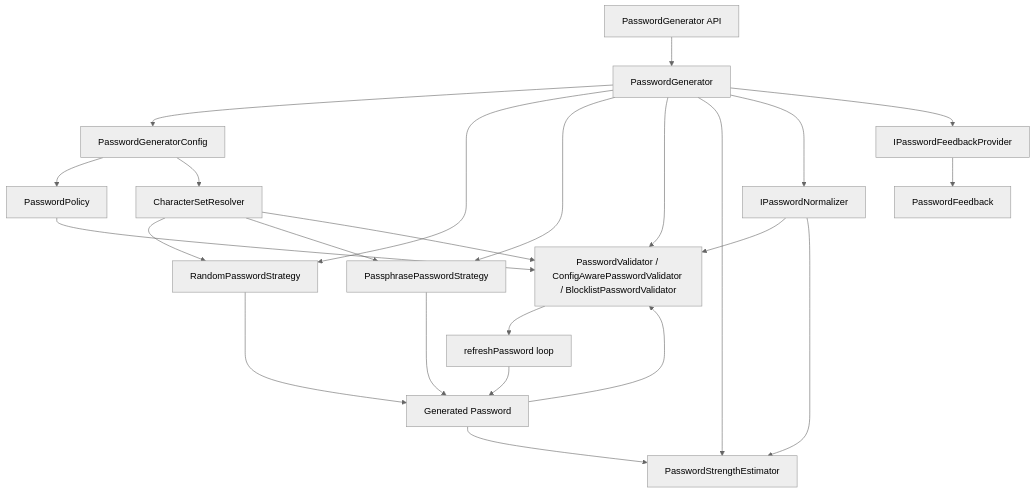
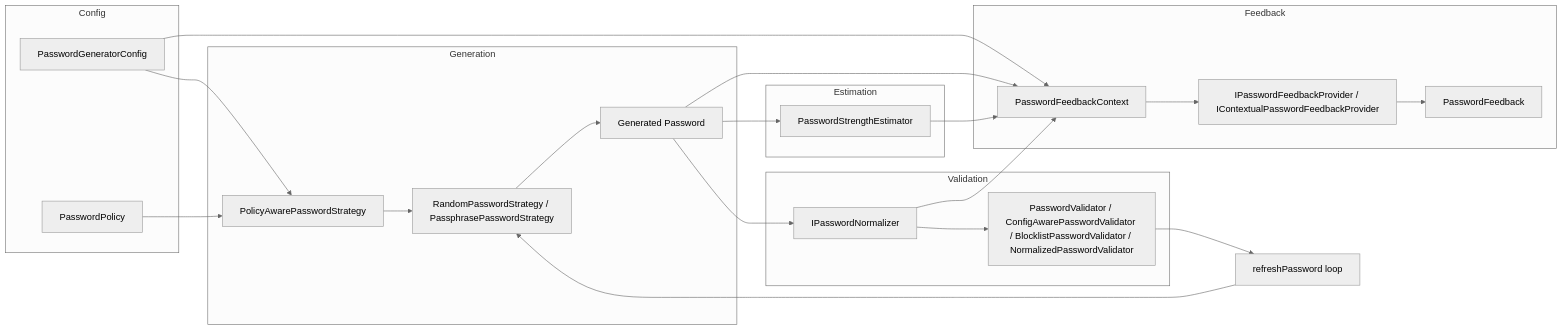
The first of 5 diagrams in docs/library-flow.md (dhruvanbhalara/password_engine), drawn with Mermaid (neutral theme) before and after one commit. The commit also changed other lines of this file, not shown here.

Commit message:
Update library flow documentation

````diff
--- a/docs/library-flow.md
+++ b/docs/library-flow.md
@@ -57,30 +68,43 @@
 ```mermaid
-flowchart TD
-  A[PasswordGenerator API] --> B[PasswordGenerator]
-  B --> C[PasswordGeneratorConfig]
-  B --> D[RandomPasswordStrategy]
-  B --> D2[PassphrasePasswordStrategy]
-  B --> E[PasswordValidator / ConfigAwarePasswordValidator / BlocklistPasswordValidator]
-  B --> F[PasswordStrengthEstimator]
-  B --> N[IPasswordNormalizer]
-  B --> FP[IPasswordFeedbackProvider]
-  FP --> F2[PasswordFeedback]
+flowchart LR
+  subgraph Config
+    CFG[PasswordGeneratorConfig]
+    POL[PasswordPolicy]
+  end
 
-  C --> P[PasswordPolicy]
-  C --> R[CharacterSetResolver]
-  R --> D
-  R --> D2
-  R --> E
-  P --> E
+  subgraph Generation
+    PA[PolicyAwarePasswordStrategy]
+    STRAT[RandomPasswordStrategy / PassphrasePasswordStrategy]
+    GEN[Generated Password]
+  end
 
-  N --> E
-  N --> F
+  subgraph Validation
+    NORM[IPasswordNormalizer]
+    VAL[PasswordValidator / ConfigAwarePasswordValidator / BlocklistPasswordValidator / NormalizedPasswordValidator]
+  end
 
-  D --> G[Generated Password]
-  D2 --> G
-  G --> E
-  G --> F
+  subgraph Estimation
+    EST[PasswordStrengthEstimator]
+  end
 
-  E --> H[refreshPassword loop]
-  H --> G
+  subgraph Feedback
+    CTX[PasswordFeedbackContext]
+    FP[IPasswordFeedbackProvider / IContextualPasswordFeedbackProvider]
+    OUT[PasswordFeedback]
+  end
+
+  CFG --> PA
+  POL --> PA
+  PA --> STRAT --> GEN
+  GEN --> NORM --> VAL
+  GEN --> EST
+
+  CFG --> CTX
+  GEN --> CTX
+  NORM --> CTX
+  EST --> CTX
+  CTX --> FP --> OUT
+
+  VAL --> LOOP[refreshPassword loop]
+  LOOP --> STRAT
 ```
````
